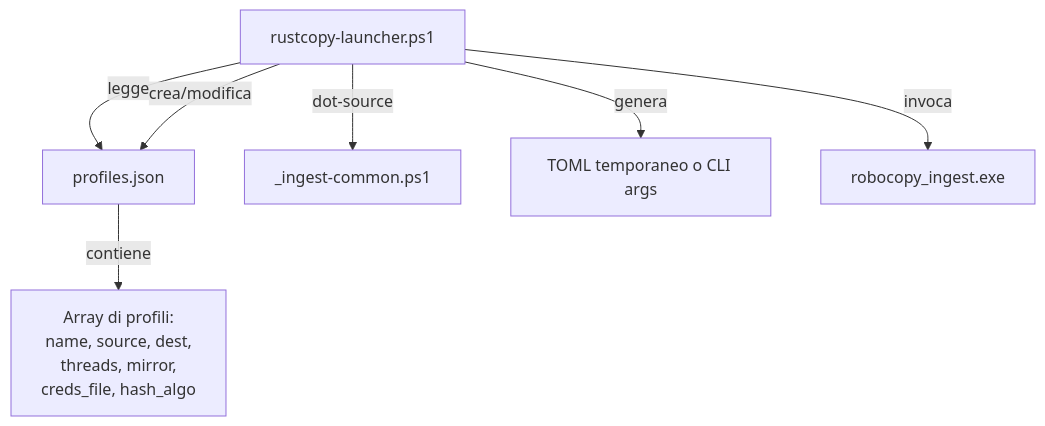
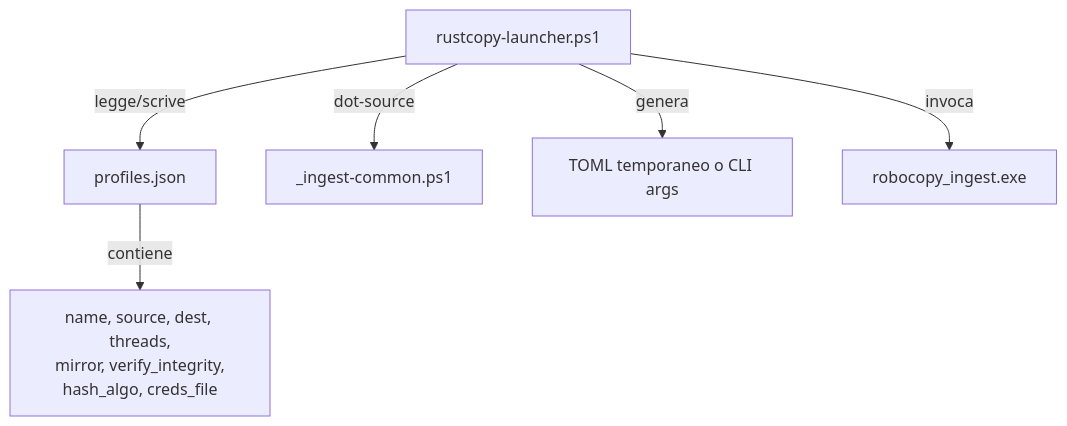
The diagram in PIANO_MIGLIORAMENTI.md (matrixNeo76/rustcopy), drawn with Mermaid before and after one commit. The commit also changed other lines of this file and 5 other files, not shown here.

````diff
--- a/PIANO_MIGLIORAMENTI.md
+++ b/PIANO_MIGLIORAMENTI.md
@@ -109,9 +149,8 @@
 ```mermaid
 graph TD
-    A[rustcopy-launcher.ps1] -->|legge| B[profiles.json]
-    A -->|crea/modifica| B
+    A[rustcopy-launcher.ps1] -->|legge/scrive| B[profiles.json]
     A -->|dot-source| C[_ingest-common.ps1]
     A -->|genera| D[TOML temporaneo o CLI args]
     A -->|invoca| E[robocopy_ingest.exe]
-    B -->|contiene| F["Array di profili:<br/>name, source, dest,<br/>threads, mirror,<br/>creds_file, hash_algo"]
+    B -->|contiene| F["name, source, dest, threads,<br/>mirror, verify_integrity,<br/>hash_algo, creds_file"]
 ```
````
